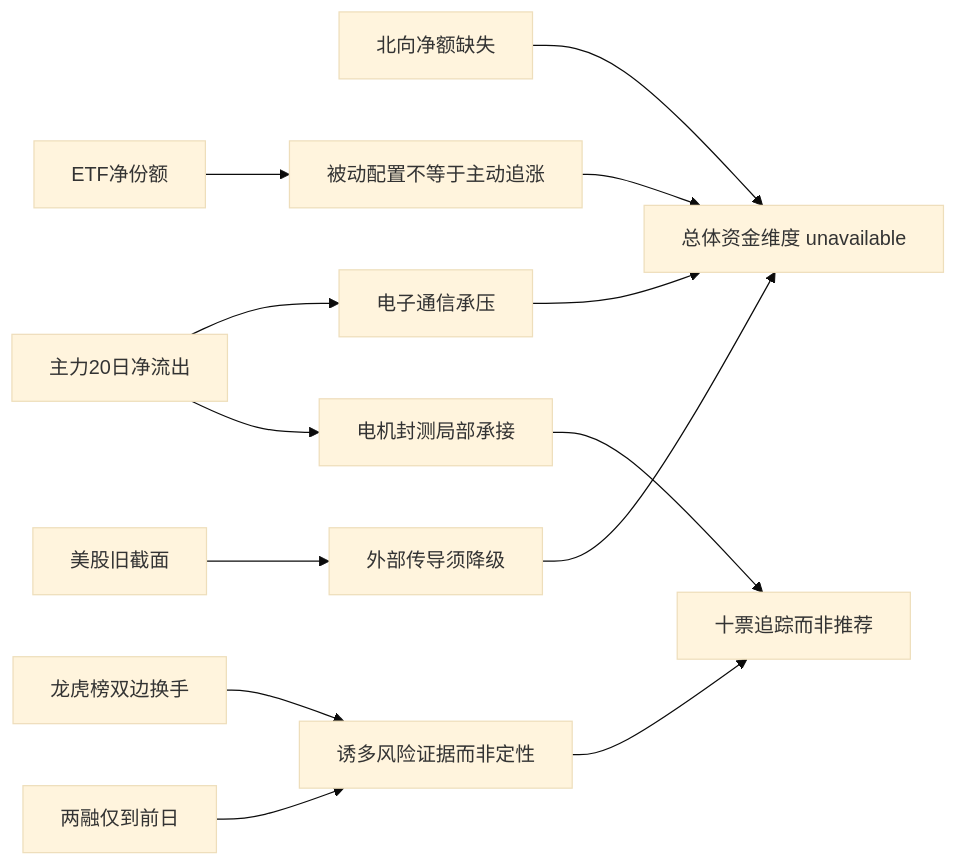
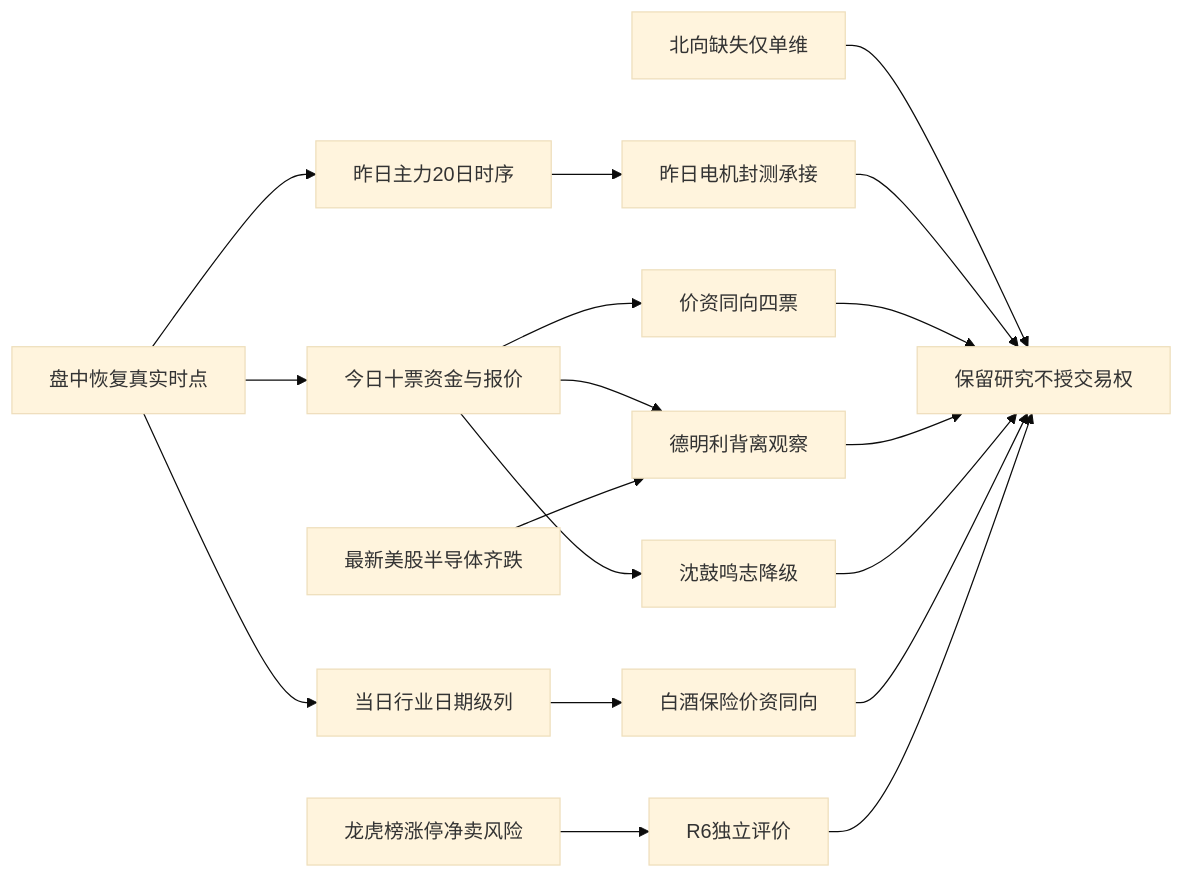
Before and after one commit to chenyang1999/chzl-kg: the diagram in content/投研交易/资金面/20261023.md, drawn with Mermaid (base theme). The commit also changed other lines of this file and 493 other files, not shown here.

````diff
--- a/content/投研交易/资金面/20261023.md
+++ b/content/投研交易/资金面/20261023.md
@@ -43,15 +31,20 @@
 ```mermaid
 flowchart LR
-A[北向净额缺失] --> B[总体资金维度 unavailable]
-C[主力20日净流出] --> D[电子通信承压]
-C --> E[电机封测局部承接]
-F[龙虎榜双边换手] --> G[诱多风险证据而非定性]
-H[两融仅到前日] --> G
-I[ETF净份额] --> J[被动配置不等于主动追涨]
-K[美股旧截面] --> L[外部传导须降级]
-D --> B
-E --> M[十票追踪而非推荐]
-G --> M
-J --> B
-L --> B
+A[盘中恢复真实时点] --> B[昨日主力20日时序]
+A --> C[今日十票资金与报价]
+A --> D[当日行业日期级列]
+B --> E[昨日电机封测承接]
+C --> F[价资同向四票]
+C --> G[德明利背离观察]
+C --> H[沈鼓鸣志降级]
+D --> I[白酒保险价资同向]
+J[最新美股半导体齐跌] --> G
+K[北向缺失仅单维] --> L[保留研究不授交易权]
+E --> L
+F --> L
+G --> L
+H --> L
+I --> L
+M[龙虎榜涨停净卖风险] --> N[R6独立评价]
+N --> L
 ```
````
